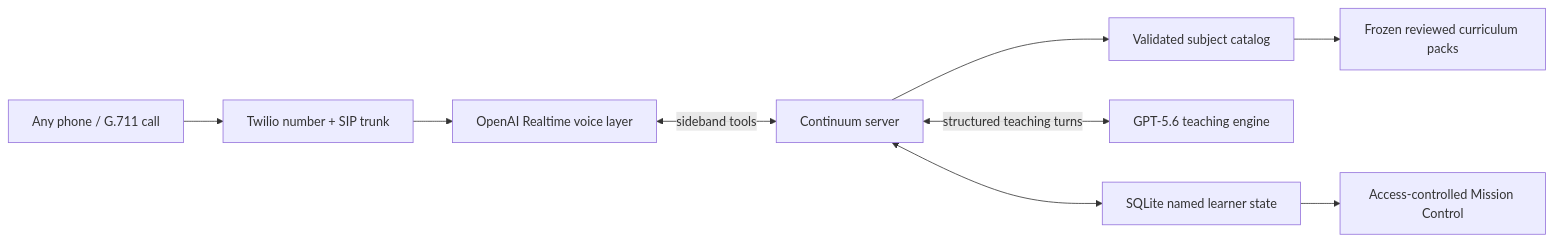
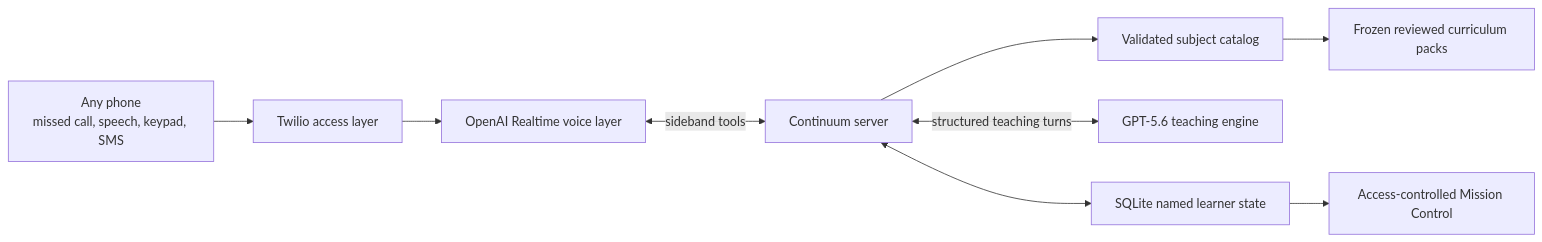
Before and after one commit to Tanya-Khanna/continuum-voice-tutor: the diagram in README.md, drawn with Mermaid. The commit also changed other lines of this file and 60 other files, not shown here.

````diff
--- a/README.md
+++ b/README.md
@@ -11,11 +15,11 @@
 ```mermaid
 flowchart LR
-    Caller["Any phone / G.711 call"] --> Twilio["Twilio number + SIP trunk"]
+    Caller["Any phone<br/>missed call, speech, keypad, SMS"] --> Twilio["Twilio access layer"]
     Twilio --> Realtime["OpenAI Realtime voice layer"]
     Realtime <-->|"sideband tools"| Server["Continuum server"]
     Server --> Catalog["Validated subject catalog"]
     Catalog --> Packs["Frozen reviewed curriculum packs"]
     Server <-->|"structured teaching turns"| GPT["GPT-5.6 teaching engine"]
     Server <--> State["SQLite named learner state"]
     State --> Dashboard["Access-controlled Mission Control"]
 ```
````
